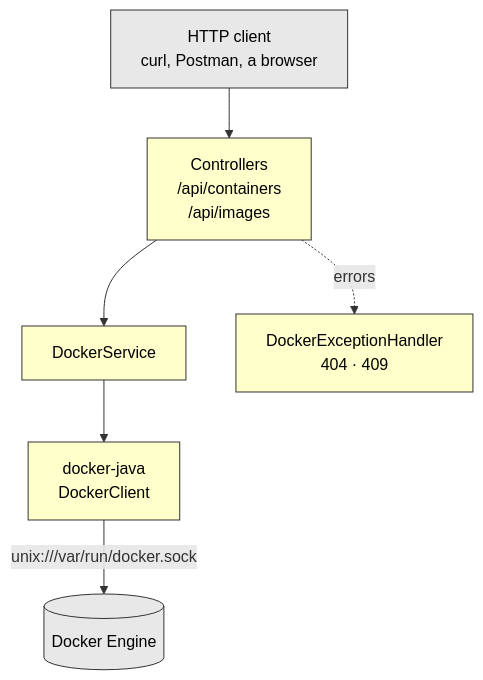
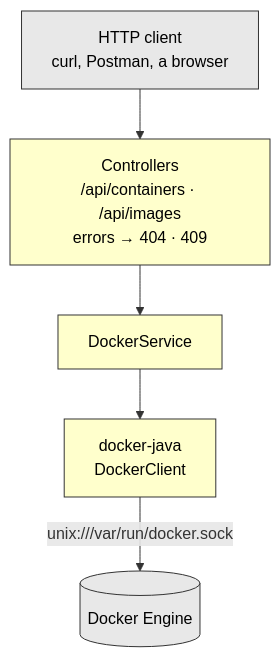
One commit to nathan00pdl/docker-manager changed the diagram in docs/architecture.mmd. Above: the diagram before and after it, drawn with Mermaid. The commit also changed 3 other files, not shown here.

Commit message:
docs: widen the side margins and put every diagram on one axis

```diff
--- a/docs/architecture.mmd
+++ b/docs/architecture.mmd
@@ -1,13 +1,11 @@
 flowchart TB
-    CLIENT["HTTP client<br/>curl, Postman, a browser"] --> CTRL["Controllers<br/>/api/containers<br/>/api/images"]
+    CLIENT["HTTP client<br/>curl, Postman, a browser"] --> CTRL["Controllers<br/>/api/containers · /api/images<br/>errors → 404 · 409"]
     CTRL --> SVC["DockerService"]
     SVC --> DJ["docker-java<br/>DockerClient"]
     DJ -- "unix:///var/run/docker.sock" --> ENGINE[("Docker Engine")]
-    CTRL -. "errors" .-> ADV["DockerExceptionHandler<br/>404 · 409"]
 
     style CTRL fill:#FFFFCC,stroke:#333333,color:#000000
     style SVC fill:#FFFFCC,stroke:#333333,color:#000000
     style DJ fill:#FFFFCC,stroke:#333333,color:#000000
-    style ADV fill:#FFFFCC,stroke:#333333,color:#000000
     style CLIENT fill:#E8E8E8,stroke:#333333,color:#000000
     style ENGINE fill:#E8E8E8,stroke:#333333,color:#000000
```
